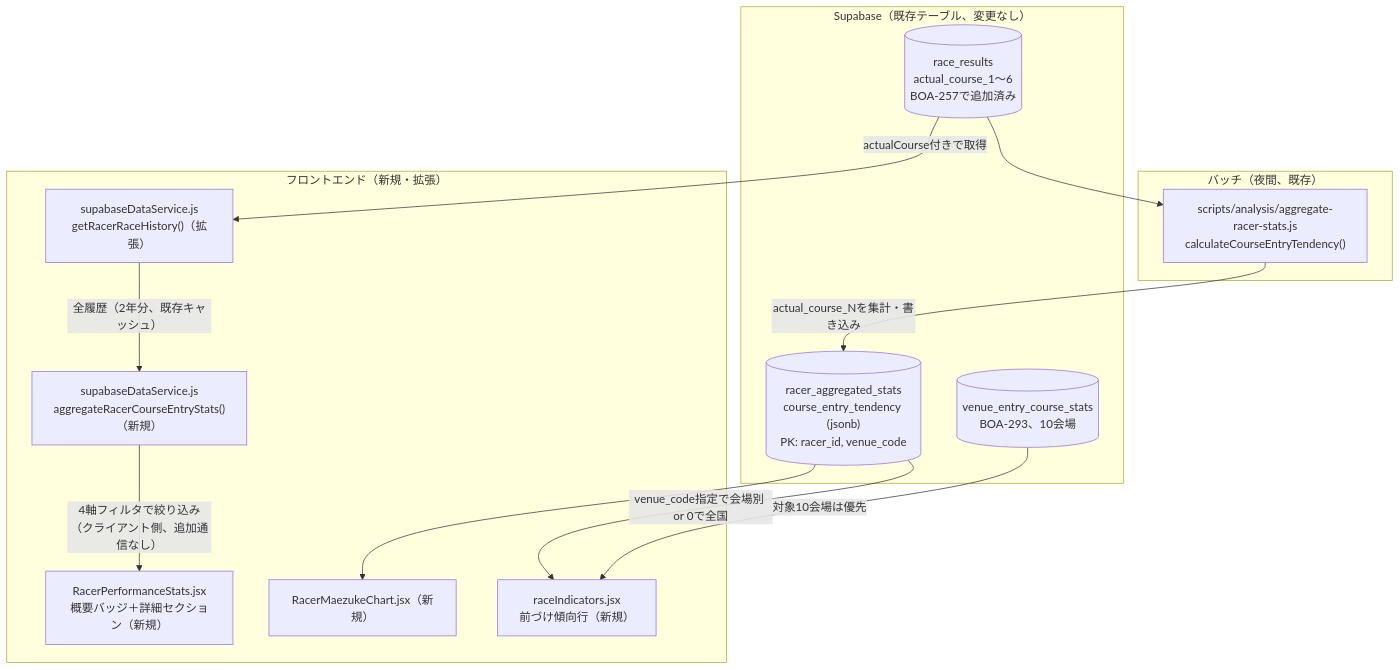
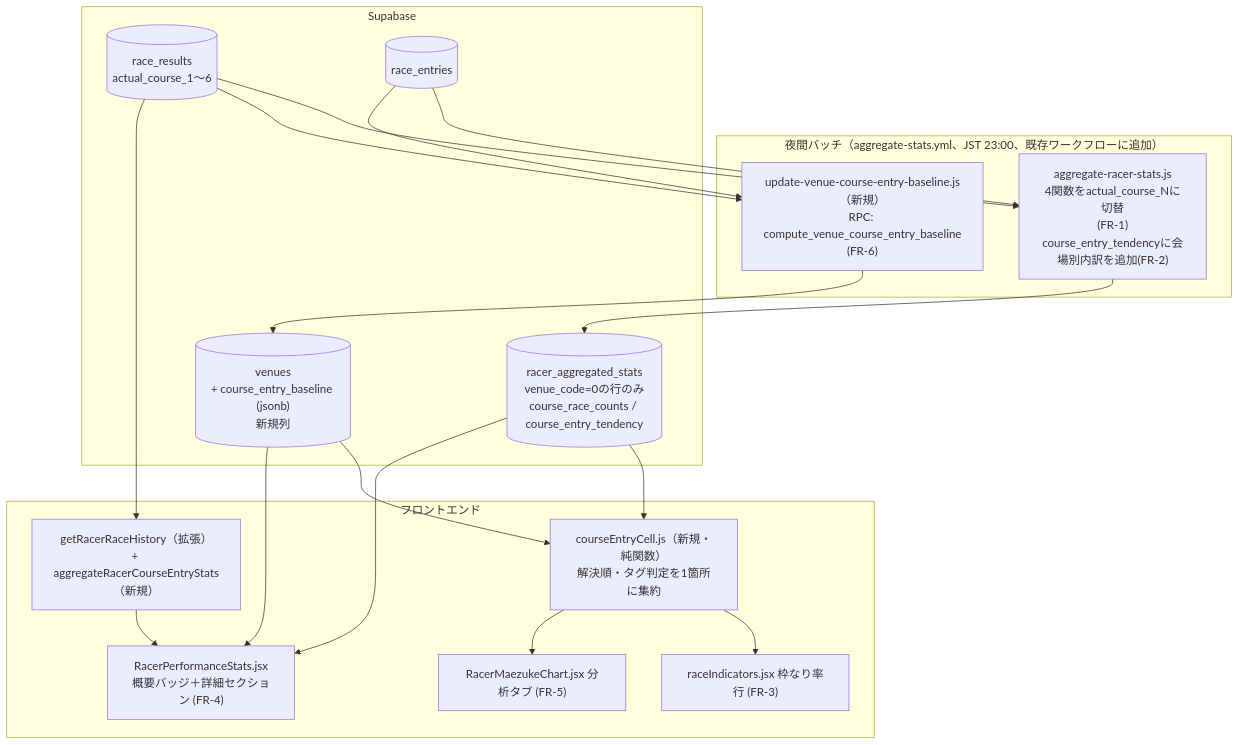
The first of 2 diagrams in docs/design/course-entry-tendency-rework/plan.md (rhapsody0919/boatrace-ai-predictor), drawn with Mermaid before and after one commit. The commit also changed other lines of this file and 6 other files, not shown here.

````diff
--- a/docs/design/course-entry-tendency-rework/plan.md
+++ b/docs/design/course-entry-tendency-rework/plan.md
@@ -9,27 +9,34 @@
 ```mermaid
 flowchart TB
-    subgraph batch["バッチ（夜間、既存）"]
-        A["scripts/analysis/aggregate-racer-stats.js\ncalculateCourseEntryTendency()"]
+    subgraph batch["夜間バッチ（aggregate-stats.yml、JST 23:00、既存ワークフローに追加）"]
+        A["aggregate-racer-stats.js\n4関数をactual_course_Nに切替\n(FR-1)\ncourse_entry_tendencyに会場別内訳を追加(FR-2)"]
+        B["update-venue-course-entry-baseline.js（新規）\nRPC: compute_venue_course_entry_baseline\n(FR-6)"]
     end
-    subgraph db["Supabase（既存テーブル、変更なし）"]
-        B[("race_results\nactual_course_1〜6\nBOA-257で追加済み")]
-        C[("racer_aggregated_stats\ncourse_entry_tendency (jsonb)\nPK: racer_id, venue_code")]
-        D[("venue_entry_course_stats\nBOA-293、10会場")]
+    subgraph db["Supabase"]
+        R[("race_results\nactual_course_1〜6")]
+        E[("race_entries")]
+        S[("racer_aggregated_stats\nvenue_code=0の行のみ\ncourse_race_counts / course_entry_tendency")]
+        V[("venues\n+ course_entry_baseline (jsonb)\n新規列")]
     end
-    subgraph client["フロントエンド（新規・拡張）"]
-        E["supabaseDataService.js\ngetRacerRaceHistory()（拡張）"]
-        F["supabaseDataService.js\naggregateRacerCourseEntryStats()（新規）"]
-        G["raceIndicators.jsx\n前づけ傾向行（新規）"]
-        H["RacerPerformanceStats.jsx\n概要バッジ＋詳細セクション（新規）"]
-        I["RacerMaezukeChart.jsx（新規）"]
+    subgraph client["フロントエンド"]
+        F["raceIndicators.jsx 枠なり率行 (FR-3)"]
+        G["RacerPerformanceStats.jsx\n概要バッジ＋詳細セクション (FR-4)"]
+        H["RacerMaezukeChart.jsx 分析タブ (FR-5)"]
+        U["courseEntryCell.js（新規・純関数）\n解決順・タグ判定を1箇所に集約"]
+        HIS["getRacerRaceHistory（拡張）\n+ aggregateRacerCourseEntryStats（新規）"]
     end
-
-    A -- "actual_course_Nを集計・書き込み" --> C
-    B --> A
-    C -- "venue_code指定で会場別 or 0で全国" --> G
-    C --> I
-    D -- "対象10会場は優先" --> G
-    B -- "actualCourse付きで取得" --> E
-    E -- "全履歴（2年分、既存キャッシュ）" --> F
-    F -- "4軸フィルタで絞り込み（クライアント側、追加通信なし）" --> H
+    R --> A
+    E --> A
+    A --> S
+    R --> B
+    E --> B
+    B --> V
+    S --> U
+    V --> U
+    U --> F
+    U --> H
+    S --> G
+    V --> G
+    R --> HIS
+    HIS --> G
 ```
````
